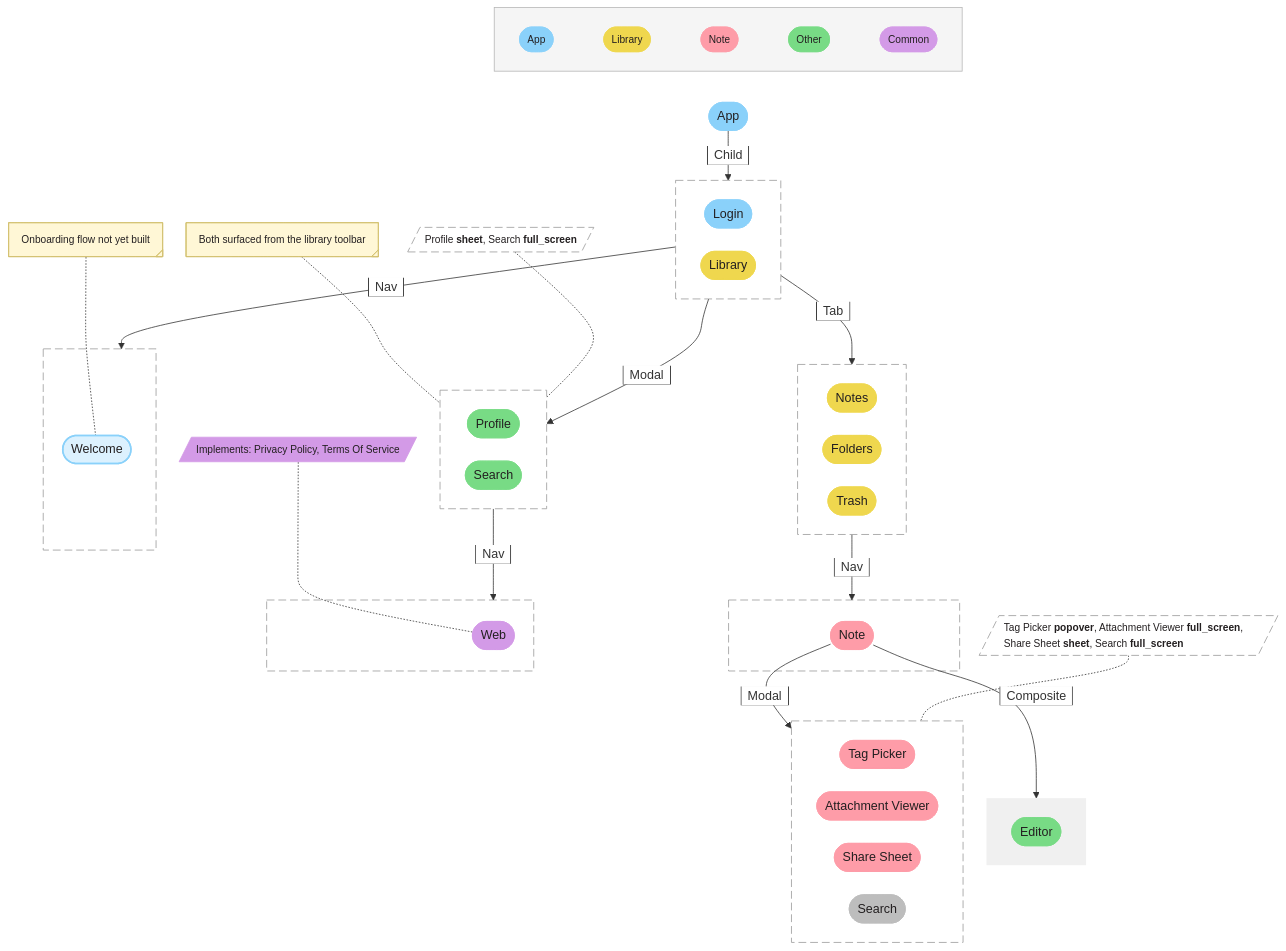
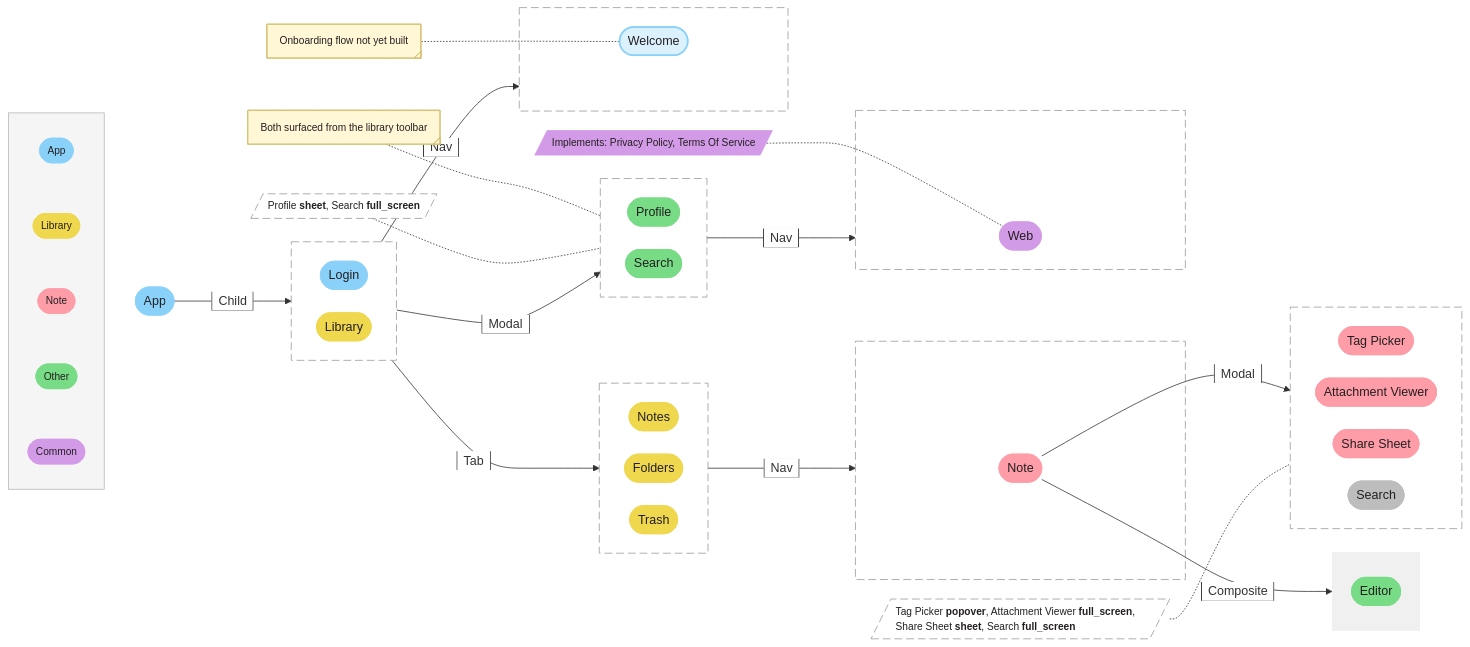
Before and after one commit to SwiftKickMobile/skai: the diagram in Guides/UIMap/ui-map-demo.md, drawn with Mermaid. The commit also changed other lines of this file and 3 other files, not shown here.

```diff
--- a/Guides/UIMap/ui-map-demo.md
+++ b/Guides/UIMap/ui-map-demo.md
@@ -89,10 +89,10 @@
     nodeSpacing: 30
     rankSpacing: 40
 ---
-flowchart TD
+flowchart LR
     %% Domains
     subgraph domain_legend[" "]
-        direction LR
+        direction TB
         leg_app(["App"])
         leg_library(["Library"])
         leg_note(["Note"])
@@ -158,7 +158,7 @@
         tag_picker
         attachment_viewer
         share_sheet
-        search_at_note(["Search"])
+        search_at_note_modal(["Search"])
     end
 
     note -->|"<span style='background:white;border:1px solid black;padding:4px 8px'>Composite</span>"| note_composite
@@ -197,7 +197,7 @@
     classDef app_todo fill:#8AD1FA4C,stroke:#8AD1FA,stroke-width:2px,color:#231f20,filter:none
     class welcome app_todo
     classDef pointer fill:#bdbdbd,stroke:#bdbdbd,color:#231f20,filter:none
-    class search_at_note pointer
+    class search_at_note_modal pointer
     classDef mutex fill:#ffffff,stroke:#999,stroke-dasharray:10 5,filter:none
     class app_child,login_nav,library_modal,library_tab,notes_nav,note_modal,profile_nav mutex
     classDef composite fill:#f0f0f0,stroke:#f0f0f0,stroke-width:0px,filter:none
```
